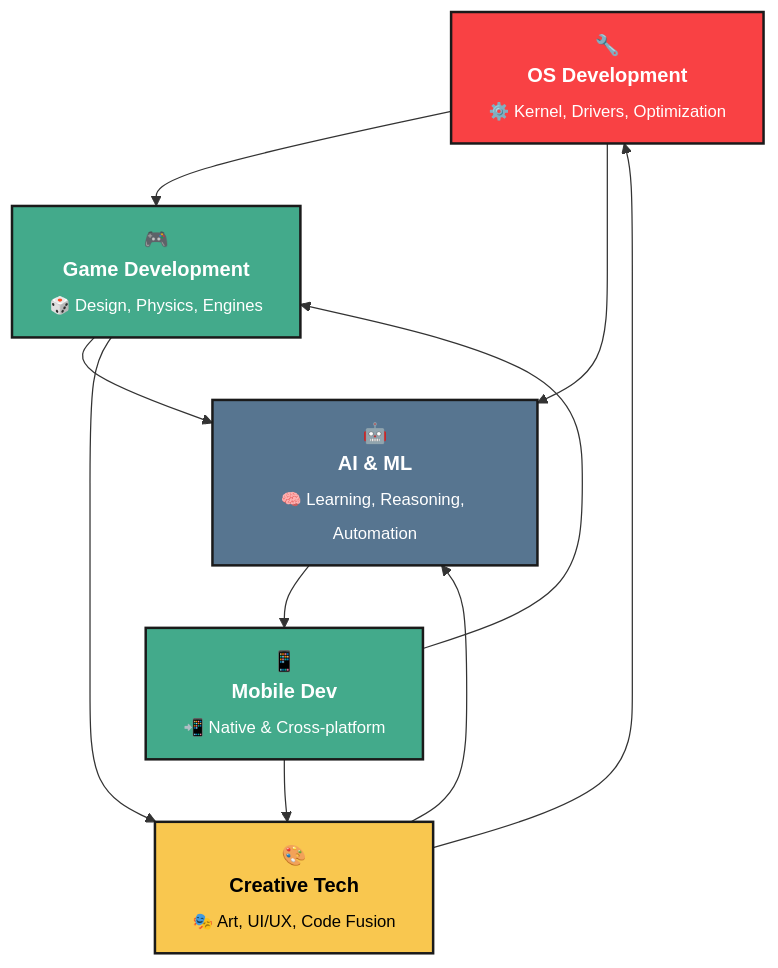
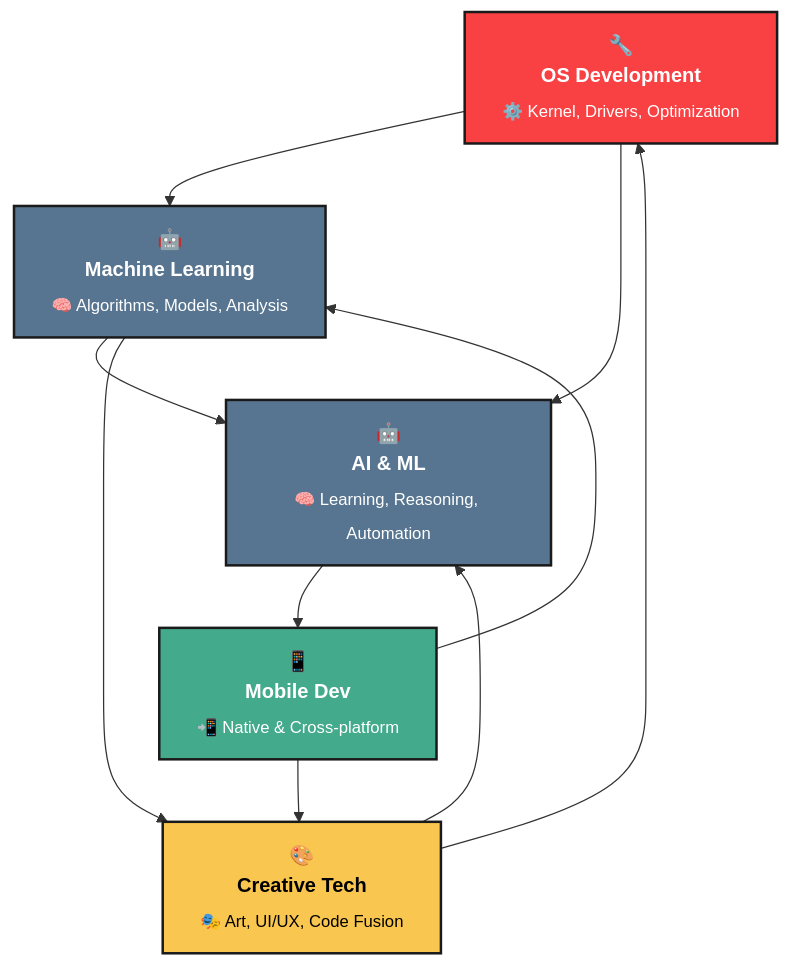
One commit to SoubhLance/SoubhLance changed the diagram in README.md. Above: the diagram before and after it, drawn with Mermaid. The commit also changed other lines of this file, not shown here.

````diff
--- a/README.md
+++ b/README.md
@@ -170,30 +172,28 @@
 ```mermaid
 %% 🕸️ Skill Web – Interconnected Creativity & Logic
 graph TD
     OS["🔧<br><b>OS Development</b><br><sub>⚙️ Kernel, Drivers, Optimization</sub>"]:::core
-    Game["🎮<br><b>Game Development</b><br><sub>🎲 Design, Physics, Engines</sub>"]:::tech
+    ML["🤖<br><b>Machine Learning</b><br><sub>🧠 Algorithms, Models, Analysis</sub>"]:::ml
     AI["🤖<br><b>AI & ML</b><br><sub>🧠 Learning, Reasoning, Automation</sub>"]:::ml
     Mobile["📱<br><b>Mobile Dev</b><br><sub>📲 Native & Cross-platform</sub>"]:::tech
     Creative["🎨<br><b>Creative Tech</b><br><sub>🎭 Art, UI/UX, Code Fusion</sub>"]:::creative
 
     %% Circular base
-    OS --> Game
-    Game --> AI
+    OS --> ML
+    ML --> AI
     AI --> Mobile
     Mobile --> Creative
     Creative --> OS
 
     %% Cross-links
     OS --> AI
-    Game --> Creative
-    Mobile --> Game
+    ML --> Creative
+    Mobile --> ML
     Creative --> AI
 
     %% Styles
     classDef core fill:#F94144,stroke:#1a1a1a,color:#fff,stroke-width:2px
     classDef tech fill:#43AA8B,stroke:#1a1a1a,color:#fff,stroke-width:2px
     classDef ml fill:#577590,stroke:#1a1a1a,color:#fff,stroke-width:2px
     classDef creative fill:#F9C74F,stroke:#1a1a1a,color:#000,stroke-width:2px
-
-
 ```
````
